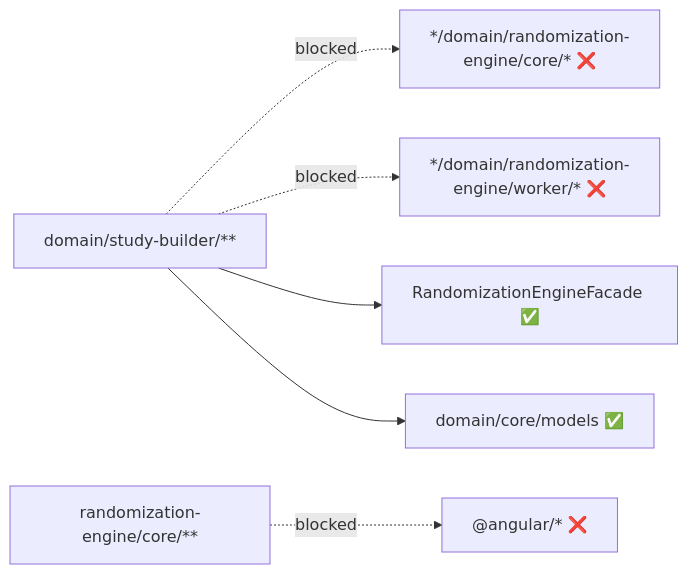
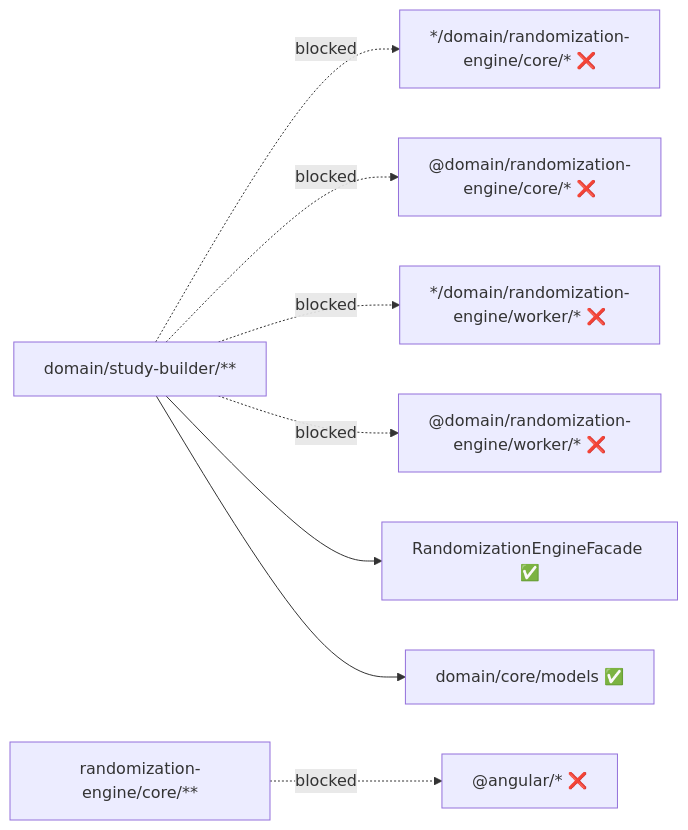
Before and after one commit to fderuiter/Equipose: the eighth of 9 diagrams in docs/reference/ARCHITECTURE_REFERENCE.md, drawn with Mermaid. The commit also changed other lines of this file and 3 other files, not shown here.

Commit message:
docs: sanitize diagram curly braces/semicolons and add automated CI verification

````diff
--- a/docs/reference/ARCHITECTURE_REFERENCE.md
+++ b/docs/reference/ARCHITECTURE_REFERENCE.md
@@ -590,16 +590,20 @@
 ```mermaid
 graph LR
     SB["domain/study-builder/**"]
     RE_FACADE["RandomizationEngineFacade ✅"]
     RE_MODELS["domain/core/models ✅"]
     TARGET_0["*/domain/randomization-engine/core/* ❌"]
     SB -. blocked .-> TARGET_0
-    TARGET_1["*/domain/randomization-engine/worker/* ❌"]
+    TARGET_1["@domain/randomization-engine/core/* ❌"]
     SB -. blocked .-> TARGET_1
+    TARGET_2["*/domain/randomization-engine/worker/* ❌"]
+    SB -. blocked .-> TARGET_2
+    TARGET_3["@domain/randomization-engine/worker/* ❌"]
+    SB -. blocked .-> TARGET_3
     ALGO_FILE["randomization-engine/core/**"]
-    TARGET_2["@angular/* ❌"]
-    ALGO_FILE -. blocked .-> TARGET_2
+    TARGET_4["@angular/* ❌"]
+    ALGO_FILE -. blocked .-> TARGET_4
 
     SB --> RE_FACADE
     SB --> RE_MODELS
 ```
````
